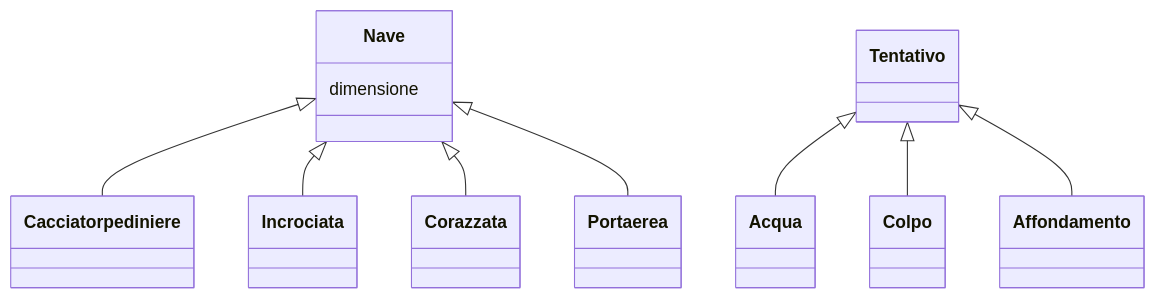
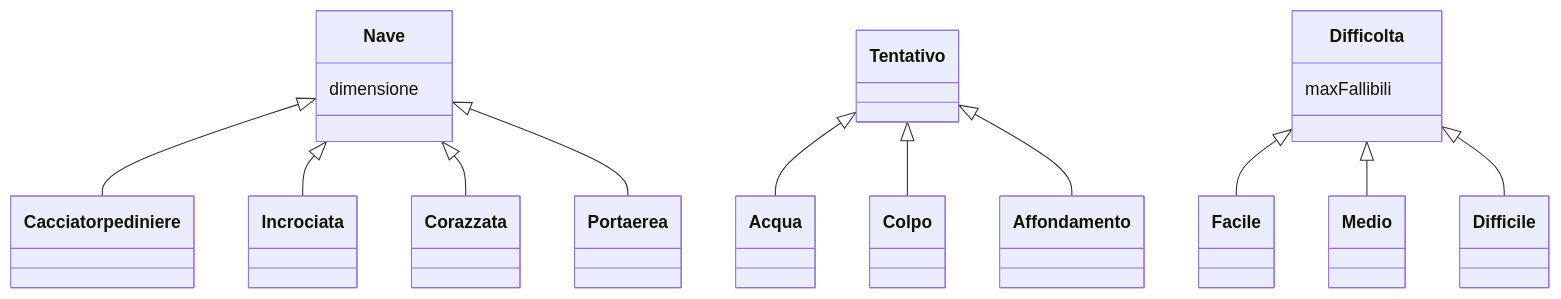
The diagram in docs/Report.md (softeng2223-inf-uniba/progetto2223-thacker), drawn with Mermaid before and after one commit.

Commit message:
Aggiunto concetto Difficoltà al Modello di Dominio

````diff
--- a/docs/Report.md
+++ b/docs/Report.md
@@ -7,19 +7,27 @@
 ```mermaid
     
     classDiagram
 
         Nave <|-- Cacciatorpediniere
         Nave <|-- Incrociata
         Nave <|-- Corazzata
         Nave <|-- Portaerea
         
         Tentativo <|-- Acqua
         Tentativo <|-- Colpo
         Tentativo <|-- Affondamento
 
+        Difficolta <|-- Facile
+        Difficolta <|-- Medio
+        Difficolta <|-- Difficile
 
         class Nave{
             dimensione
         }
 
+        class Difficolta{
+            maxFallibili
+        }
+
+
 ```
````
